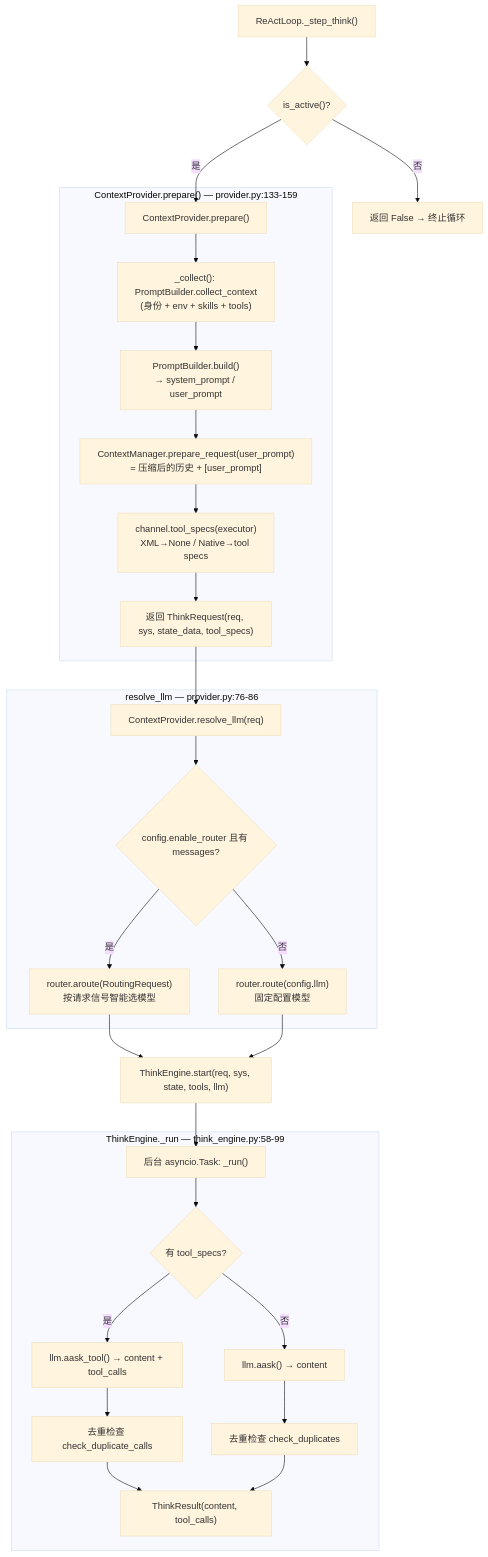
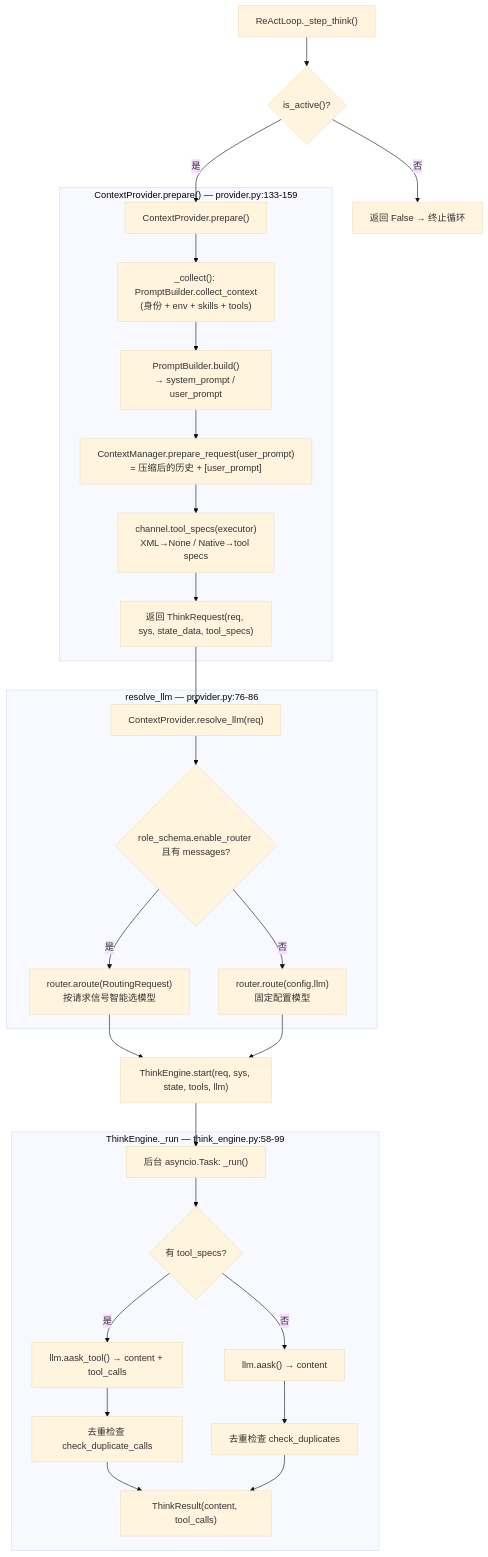
Before and after one commit to bushihelmy-crypto/mote: the fourth of 12 diagrams in zdocs/ARCHITECTURE.md, drawn with Mermaid (base theme). The commit also changed other lines of this file and 274 other files, not shown here.

````diff
--- a/zdocs/ARCHITECTURE.md
+++ b/zdocs/ARCHITECTURE.md
@@ -232,34 +233,34 @@
 ```mermaid
 graph TD
     A["ReActLoop._step_think()"] --> B{"is_active()?"}
     B -->|否| Z["返回 False → 终止循环"]
     B -->|是| C["ContextProvider.prepare()"]
 
     subgraph prepare["ContextProvider.prepare() — provider.py:133-159"]
         C --> C1["_collect(): PromptBuilder.collect_context<br/>(身份 + env + skills + tools)"]
         C1 --> C2["PromptBuilder.build()<br/>→ system_prompt / user_prompt"]
         C2 --> C3["ContextManager.prepare_request(user_prompt)<br/>= 压缩后的历史 + [user_prompt]"]
         C3 --> C4["channel.tool_specs(executor)<br/>XML→None / Native→tool specs"]
         C4 --> C5["返回 ThinkRequest(req, sys, state_data, tool_specs)"]
     end
 
     C5 --> D["ContextProvider.resolve_llm(req)"]
     subgraph resolve["resolve_llm — provider.py:76-86"]
-        D --> D1{"config.enable_router 且有 messages?"}
+        D --> D1{"role_schema.enable_router 且有 messages?"}
         D1 -->|是| D2["router.aroute(RoutingRequest)<br/>按请求信号智能选模型"]
         D1 -->|否| D3["router.route(config.llm)<br/>固定配置模型"]
     end
 
     D2 --> E["ThinkEngine.start(req, sys, state, tools, llm)"]
     D3 --> E
     E --> F["后台 asyncio.Task: _run()"]
     subgraph run["ThinkEngine._run — think_engine.py:58-99"]
         F --> F1{"有 tool_specs?"}
         F1 -->|是| F2["llm.aask_tool() → content + tool_calls"]
         F1 -->|否| F3["llm.aask() → content"]
         F2 --> G["去重检查 check_duplicate_calls"]
         F3 --> G2["去重检查 check_duplicates"]
         G --> H["ThinkResult(content, tool_calls)"]
         G2 --> H
     end
 ```
````
